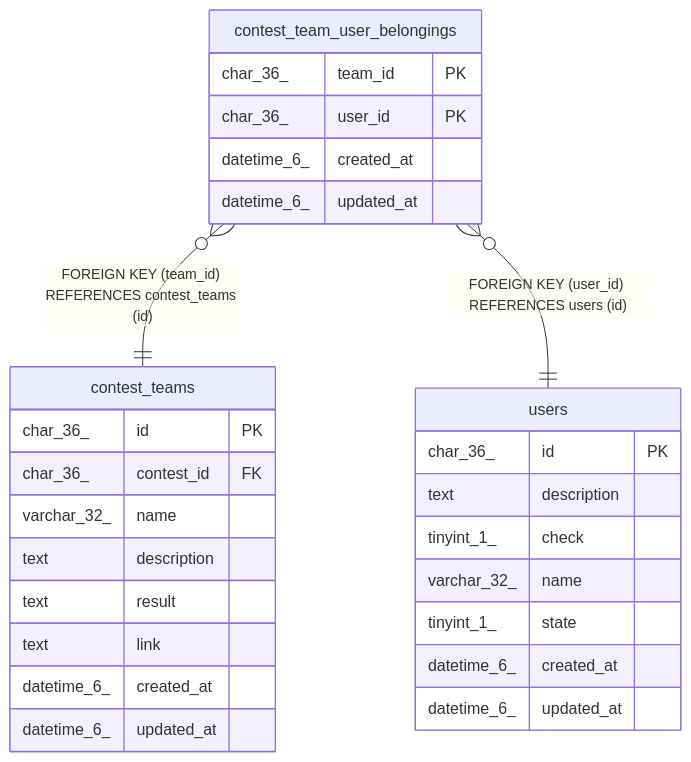
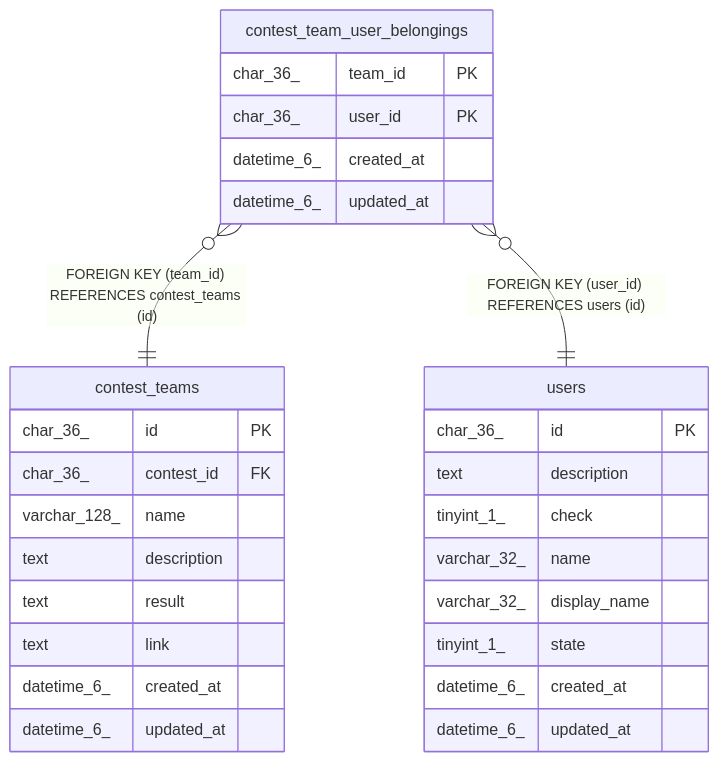
The diagram in docs/dbschema/contest_team_user_belongings.md (traPtitech/traPortfolio), drawn with Mermaid before and after one commit. The commit also changed 9 other files, not shown here.

````diff
--- a/docs/dbschema/contest_team_user_belongings.md
+++ b/docs/dbschema/contest_team_user_belongings.md
@@ -51,32 +51,33 @@
 ```mermaid
 erDiagram
 
 "contest_team_user_belongings" }o--|| "contest_teams" : "FOREIGN KEY (team_id) REFERENCES contest_teams (id)"
 "contest_team_user_belongings" }o--|| "users" : "FOREIGN KEY (user_id) REFERENCES users (id)"
 
 "contest_team_user_belongings" {
   char_36_ team_id PK
   char_36_ user_id PK
   datetime_6_ created_at
   datetime_6_ updated_at
 }
 "contest_teams" {
   char_36_ id PK
   char_36_ contest_id FK
-  varchar_32_ name
+  varchar_128_ name
   text description
   text result
   text link
   datetime_6_ created_at
   datetime_6_ updated_at
 }
 "users" {
   char_36_ id PK
   text description
   tinyint_1_ check
   varchar_32_ name
+  varchar_32_ display_name
   tinyint_1_ state
   datetime_6_ created_at
   datetime_6_ updated_at
 }
 ```
````
